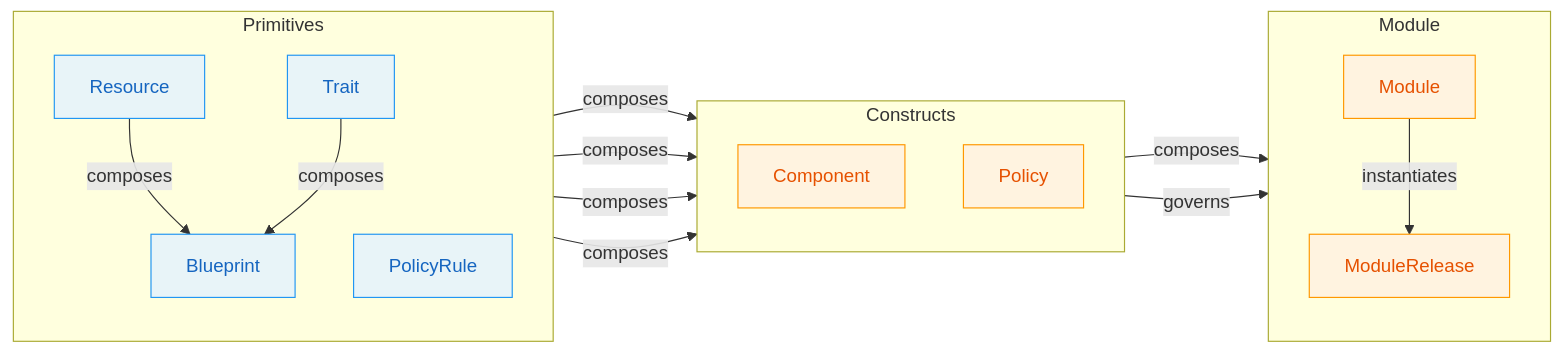
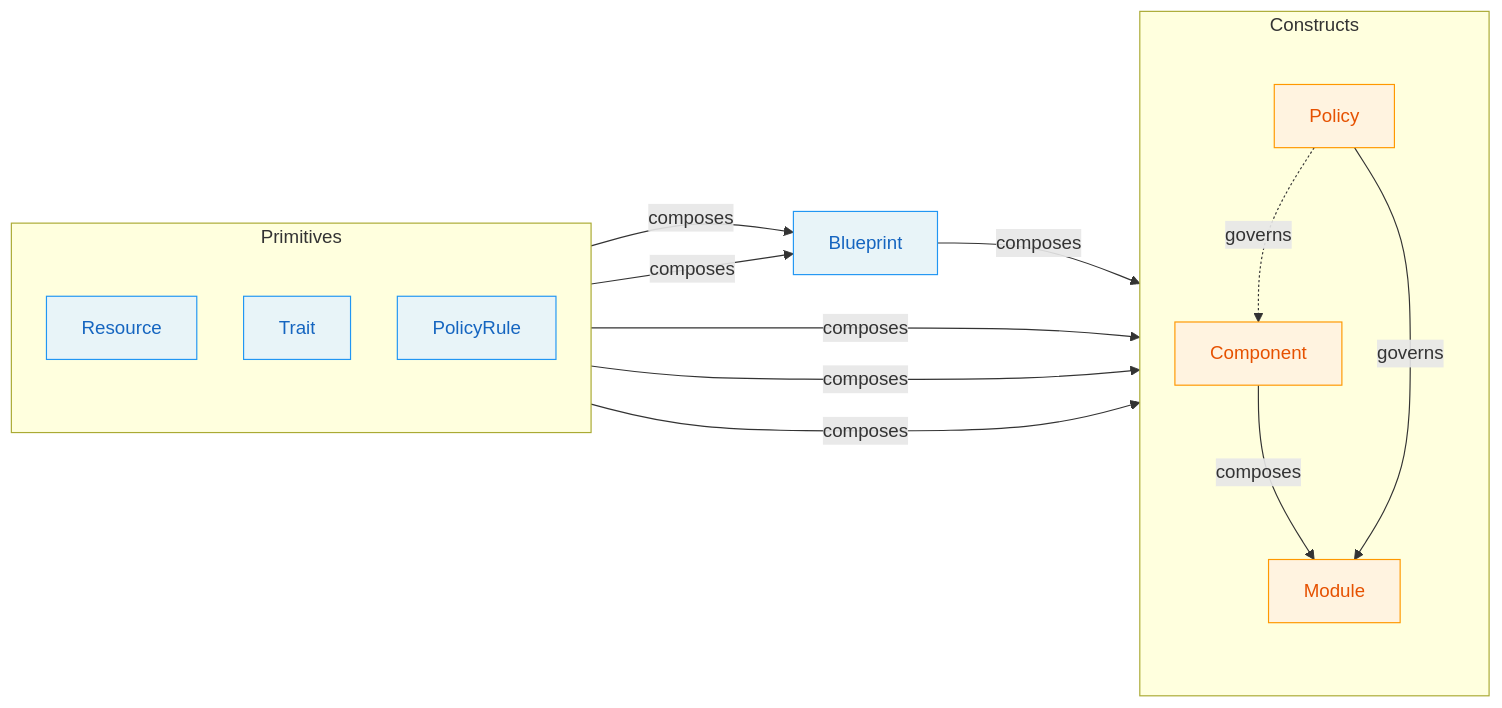
The diagram in docs/presentations/assets/opm-architecture-slide.mmd (open-platform-model/opm), drawn with Mermaid before and after one commit. The commit also changed 6 other files, not shown here.

```diff
--- a/docs/presentations/assets/opm-architecture-slide.mmd
+++ b/docs/presentations/assets/opm-architecture-slide.mmd
@@ -1,38 +1,34 @@
-graph LR
+%%{init: {'flowchart': {'rankSpacing': 100, 'nodeSpacing': 40}}}%%
+flowchart LR
     subgraph P["Primitives"]
         direction TB
         Resource
         Trait
-        Blueprint
         PolicyRule
     end
+
+    Blueprint
 
     subgraph C["Constructs"]
         direction TB
         Component
         Policy
+        Mod["Module"]
     end
 
-    subgraph M["Module"]
-        direction TB
-        Mod["Module"]
-        ModRelease["ModuleRelease"]
-    end
-
-    Resource  -->|composes| Blueprint
-    Trait     -->|composes| Blueprint
-    Resource  -->|composes| Component
-    Trait     -->|composes| Component
-    Blueprint -->|composes| Component
+    Resource   -->|composes| Blueprint
+    Trait      -->|composes| Blueprint
+    Resource   -->|composes| Component
+    Trait      -->|composes| Component
+    Blueprint  -->|composes| Component
     PolicyRule -->|composes| Policy
 
     Component -->|composes| Mod
     Policy    -->|governs| Mod
-
-    Mod -->|instantiates| ModRelease
+    Policy    -.->|governs| Component
 
     class Resource,Trait,Blueprint,PolicyRule primitive
-    class Component,Policy,Mod,ModRelease construct
+    class Component,Policy,Mod construct
 
     classDef primitive fill:#e8f4f8,stroke:#2196F3,color:#1565C0
     classDef construct fill:#fff3e0,stroke:#FF9800,color:#E65100
```
